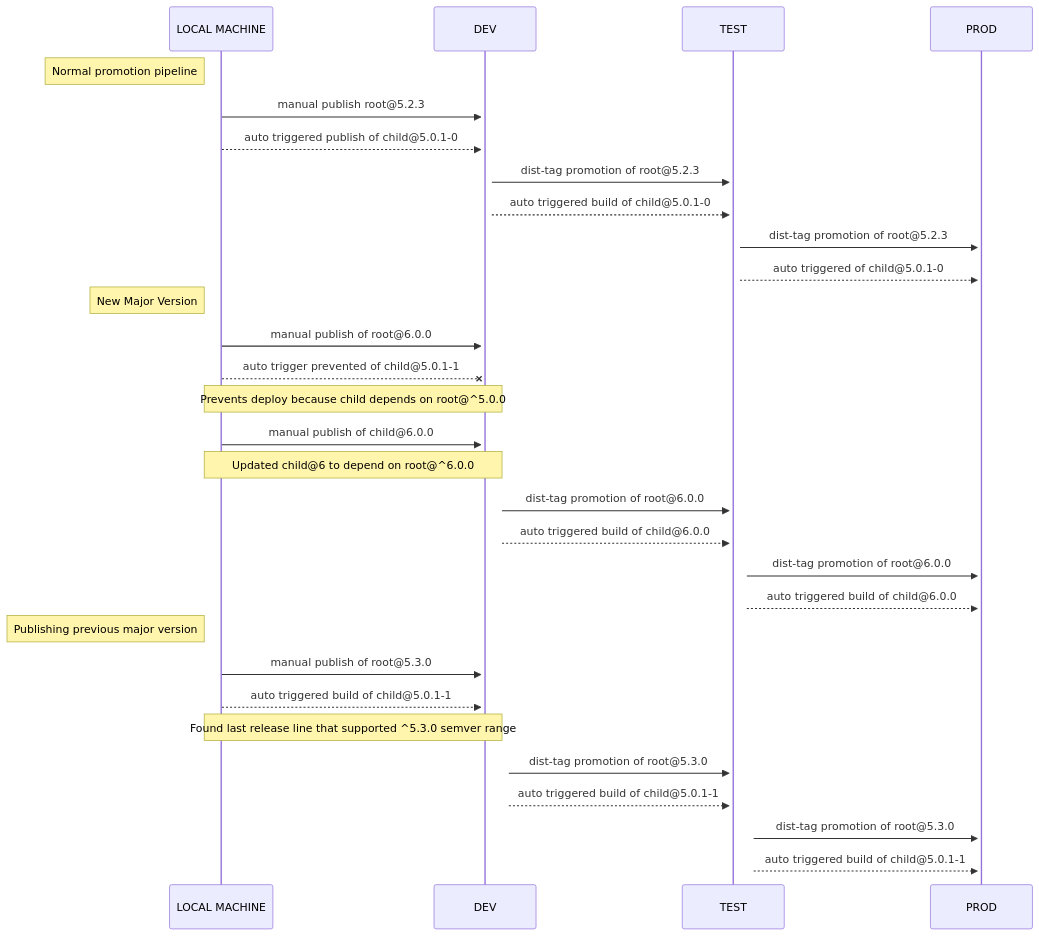
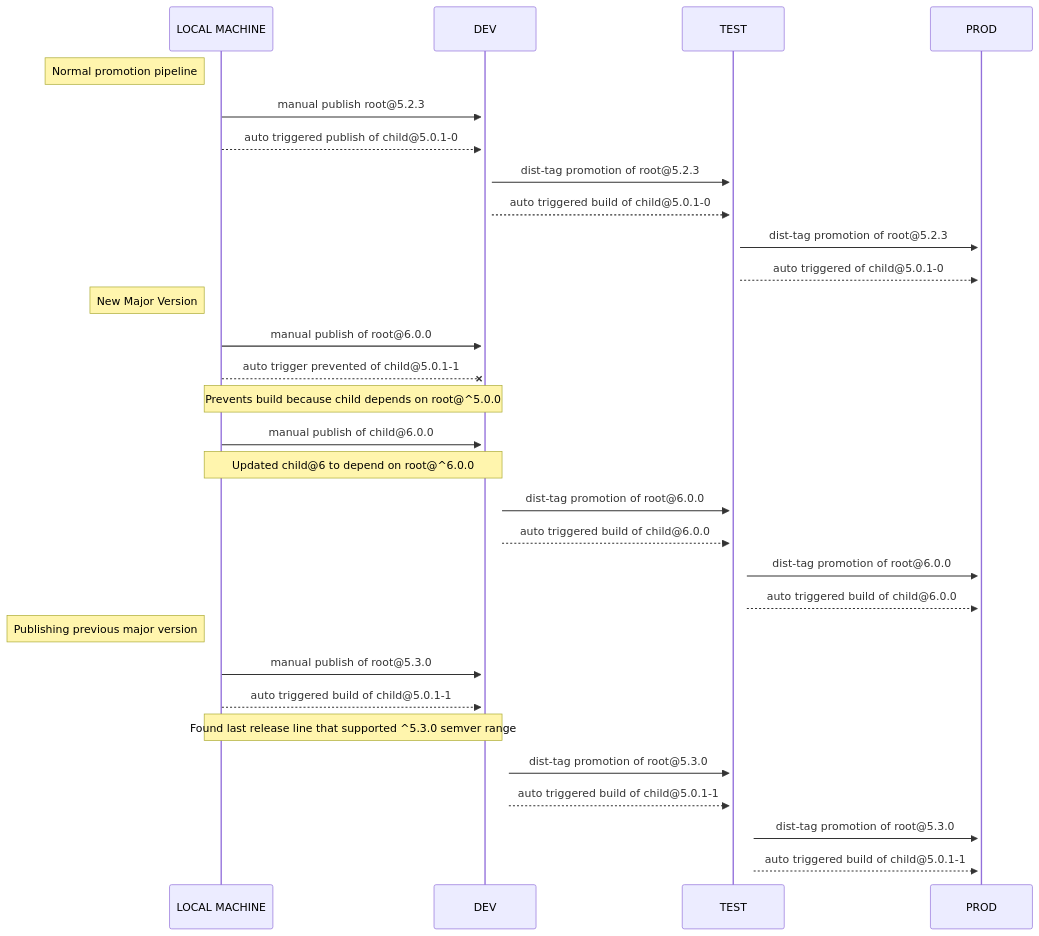
Before and after one commit to godaddy/feedsme: the diagram in diagram/code/build.mmd, drawn with Mermaid. The commit also changed 1 other file, not shown here.

Commit message:
[dist fix] fix note for build diagram

```diff
--- a/diagram/code/build.mmd
+++ b/diagram/code/build.mmd
@@ -1,30 +1,30 @@
 sequenceDiagram
   participant LOCAL MACHINE
   participant DEV
   participant TEST
   participant PROD
   Note left of LOCAL MACHINE: Normal promotion pipeline
   LOCAL MACHINE->>+DEV: manual publish root@5.2.3
   LOCAL MACHINE-->>+DEV: auto triggered publish of child@5.0.1-0
   DEV->>+TEST: dist-tag promotion of root@5.2.3
   DEV-->>+TEST: auto triggered build of child@5.0.1-0
   TEST->>+PROD: dist-tag promotion of root@5.2.3
   TEST-->>+PROD: auto triggered of child@5.0.1-0
   Note left of LOCAL MACHINE: New Major Version
   LOCAL MACHINE->>+DEV: manual publish of root@6.0.0
   LOCAL MACHINE--X+DEV: auto trigger prevented of child@5.0.1-1
-  Note over LOCAL MACHINE,DEV: Prevents deploy because child depends on root@^5.0.0
+  Note over LOCAL MACHINE,DEV: Prevents build because child depends on root@^5.0.0
   LOCAL MACHINE->>+DEV: manual publish of child@6.0.0
   Note over LOCAL MACHINE,DEV: Updated child@6 to depend on root@^6.0.0
   DEV->>+TEST: dist-tag promotion of root@6.0.0
   DEV-->>+TEST: auto triggered build of child@6.0.0
   TEST->>+PROD: dist-tag promotion of root@6.0.0
   TEST-->>+PROD: auto triggered build of child@6.0.0
   Note left of LOCAL MACHINE: Publishing previous major version
   LOCAL MACHINE->>+DEV: manual publish of root@5.3.0
   LOCAL MACHINE-->>+DEV: auto triggered build of child@5.0.1-1
   Note over LOCAL MACHINE,DEV: Found last release line that supported ^5.3.0 semver range
   DEV->>+TEST: dist-tag promotion of root@5.3.0
   DEV-->>+TEST: auto triggered build of child@5.0.1-1
   TEST->>+PROD: dist-tag promotion of root@5.3.0
   TEST-->>+PROD: auto triggered build of child@5.0.1-1
```
